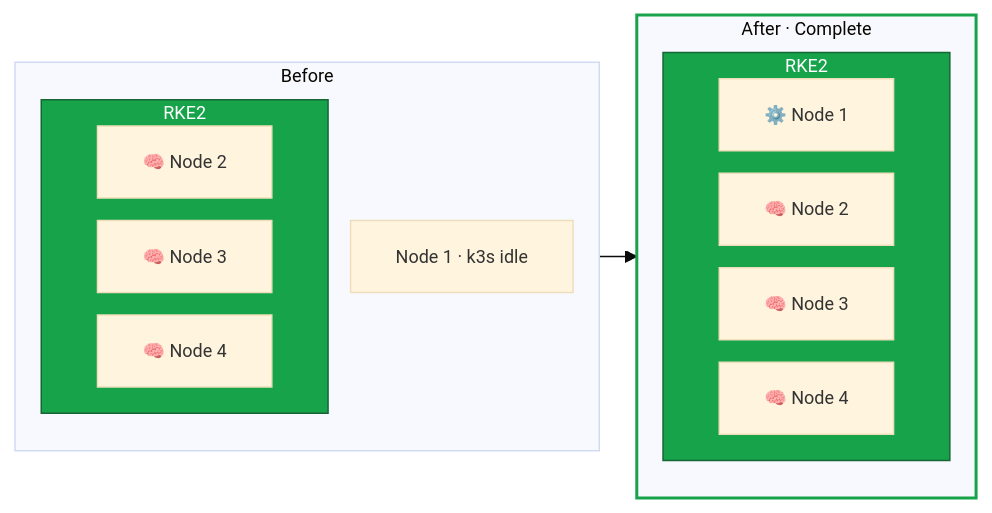
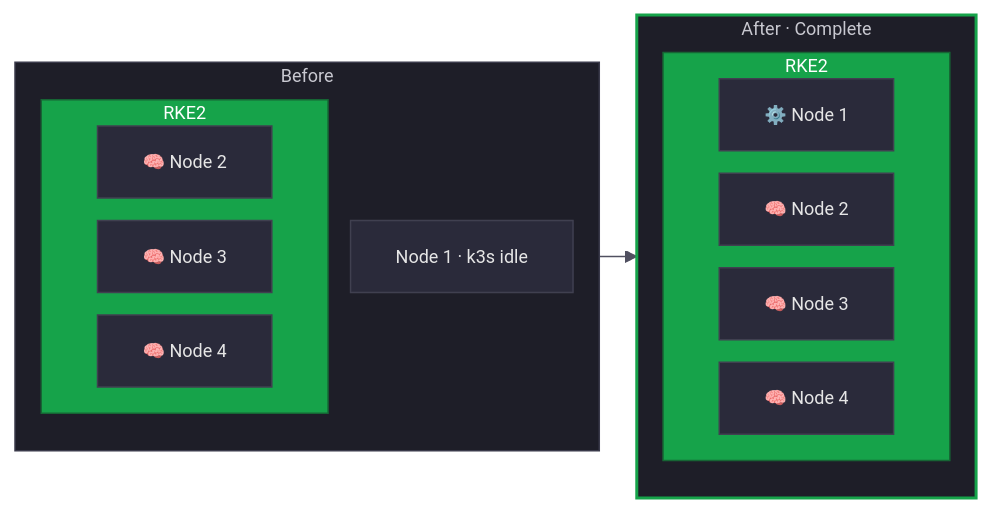
One commit to philprime/philprime.dev changed the fifth of 5 diagrams in guides/migrating-k3s-to-rke2/lesson-1.md. Above: the diagram before and after it, drawn with Mermaid. The commit also changed other lines of this file and 16 other files, not shown here.

````diff
--- a/guides/migrating-k3s-to-rke2/lesson-1.md
+++ b/guides/migrating-k3s-to-rke2/lesson-1.md
@@ -232,30 +233,30 @@
 ```mermaid!
-%%{init: {"theme": "base", "flowchart": {"nodeSpacing": 15, "rankSpacing": 25}, "themeVariables": {"fontSize": "12px"}}}%%
+%%{init: {"theme": "base", "flowchart": {"nodeSpacing": 15, "rankSpacing": 25}, "themeVariables": {"fontSize": "12px", "background": "#181818", "textColor": "#c8c8d0", "lineColor": "#505060", "primaryColor": "#2a2a3a", "primaryTextColor": "#e6e6e6", "primaryBorderColor": "#404050", "clusterBkg": "#1e1e28", "clusterBorder": "#3a3a4a", "edgeLabelBackground": "#1e1e28", "titleColor": "#c8c8d0"}}}%%
 flowchart LR
 classDef clusterB fill:#16a34a,color:#ffffff,stroke:#166534
 classDef success stroke:#16a34a,stroke-width:2px
 
 subgraph before["Before"]
   direction TB
-  bA1["Node 1 · k3s idle"]
   subgraph bB["RKE2"]
     bB2["🧠 Node 2"]
     bB3["🧠 Node 3"]
     bB4["🧠 Node 4"]
   end
+  bA1["Node 1 · k3s idle"]
 end
 
 subgraph after["After · Complete"]
   direction TB
   subgraph aB["RKE2"]
     aB1["⚙️ Node 1"]
     aB2["🧠 Node 2"]
     aB3["🧠 Node 3"]
     aB4["🧠 Node 4"]
   end
 end
 
 before --> after
 class bB,aB clusterB
 class after success
 ```
````
